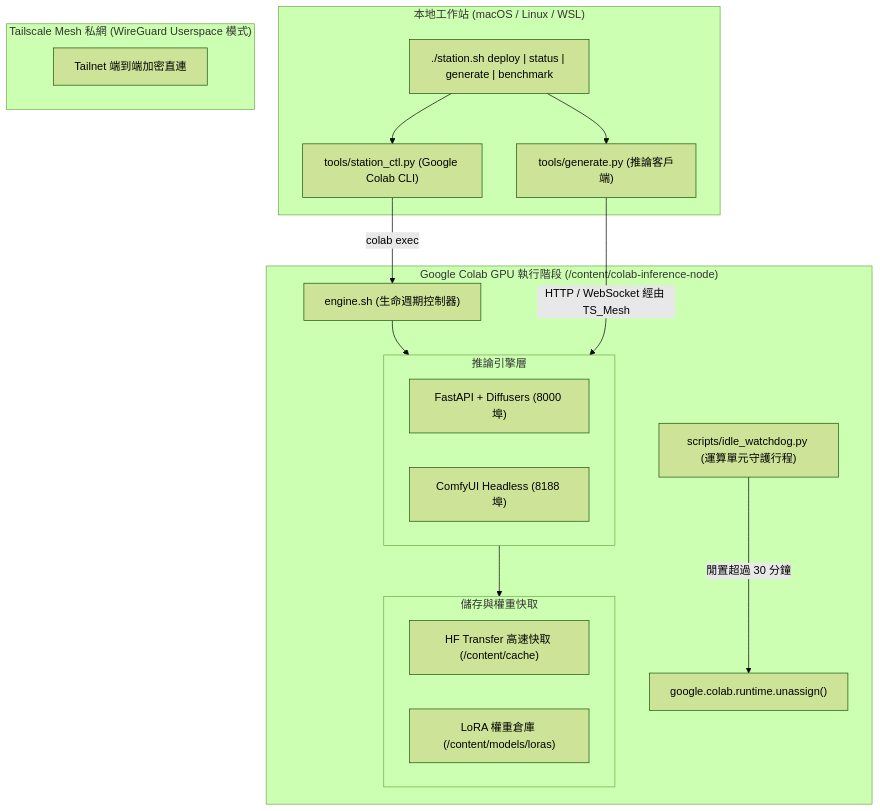
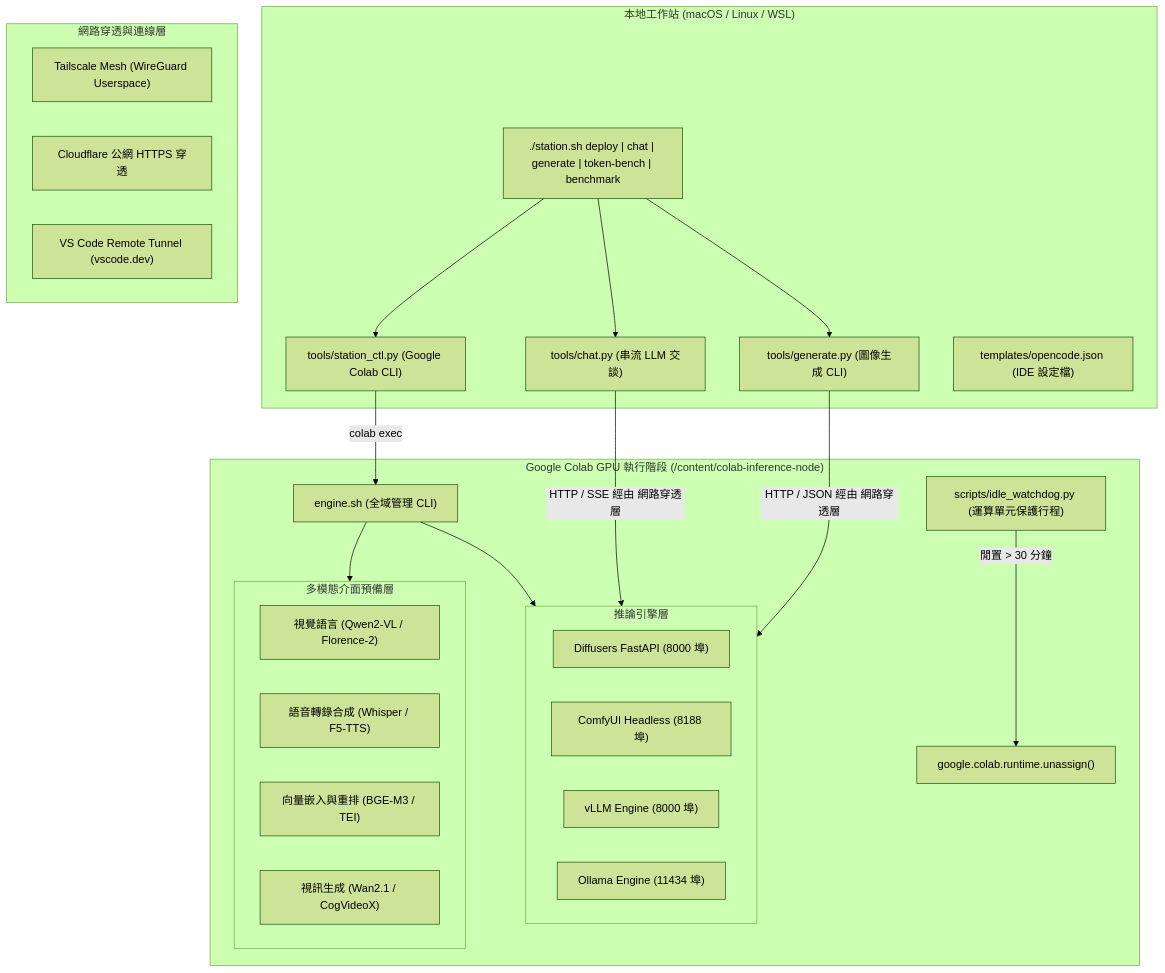
The diagram in README_zh.md (yixuanw99/colab-inference-node), drawn with Mermaid (forest theme) before and after one commit. The commit also changed other lines of this file and 23 other files, not shown here.

````diff
--- a/README_zh.md
+++ b/README_zh.md
@@ -11,36 +15,47 @@
 ```mermaid
 flowchart TD
     subgraph 本地工作站["本地工作站 (macOS / Linux / WSL)"]
-        LocalCLI["./station.sh deploy | status | generate | benchmark"]
+        LocalCLI["./station.sh deploy | chat | generate | token-bench | benchmark"]
         Orchestrator["tools/station_ctl.py (Google Colab CLI)"]
-        Client["tools/generate.py (推論客戶端)"]
+        ChatClient["tools/chat.py (串流 LLM 交談)"]
+        GenClient["tools/generate.py (圖像生成 CLI)"]
+        OpenCodeConfig["templates/opencode.json (IDE 設定檔)"]
+
         LocalCLI --> Orchestrator
-        LocalCLI --> Client
+        LocalCLI --> ChatClient
+        LocalCLI --> GenClient
     end
 
-    subgraph 網狀網路["Tailscale Mesh 私網 (WireGuard Userspace 模式)"]
-        TS_Mesh["Tailnet 端到端加密直連"]
+    subgraph 網路穿透層["網路穿透與連線層"]
+        TS_Mesh["Tailscale Mesh (WireGuard Userspace)"]
+        CF_Tunnel["Cloudflare 公網 HTTPS 穿透"]
+        VS_Tunnel["VS Code Remote Tunnel (vscode.dev)"]
     end
 
-    subgraph Colab雲端環境["Google Colab GPU 執行階段 (/content/colab-inference-node)"]
-        Controller["engine.sh (生命週期控制器)"]
-        Watchdog["scripts/idle_watchdog.py (運算單元守護行程)"]
+    subgraph Colab雲端節點["Google Colab GPU 執行階段 (/content/colab-inference-node)"]
+        Controller["engine.sh (全域管理 CLI)"]
+        Watchdog["scripts/idle_watchdog.py (運算單元保護行程)"]
         
         subgraph 推論引擎層["推論引擎層"]
-            DiffusersEngine["FastAPI + Diffusers (8000 埠)"]
+            DiffusersEngine["Diffusers FastAPI (8000 埠)"]
             ComfyEngine["ComfyUI Headless (8188 埠)"]
+            VLLMEngine["vLLM Engine (8000 埠)"]
+            OllamaEngine["Ollama Engine (11434 埠)"]
         end
         
-        subgraph 儲存快取層["儲存與權重快取"]
-            HFCache["HF Transfer 高速快取 (/content/cache)"]
-            LoRARegistry["LoRA 權重倉庫 (/content/models/loras)"]
+        subgraph 擴充介面層["多模態介面預備層"]
+            VLMEngine["視覺語言 (Qwen2-VL / Florence-2)"]
+            AudioEngine["語音轉錄合成 (Whisper / F5-TTS)"]
+            EmbeddingEngine["向量嵌入與重排 (BGE-M3 / TEI)"]
+            VideoEngine["視訊生成 (Wan2.1 / CogVideoX)"]
         end
 
         Controller --> 推論引擎層
-        推論引擎層 --> 儲存快取層
-        Watchdog -->|閒置超過 30 分鐘| Teardown["google.colab.runtime.unassign()"]
+        Controller --> 擴充介面層
+        Watchdog -->|閒置 > 30 分鐘| Teardown["google.colab.runtime.unassign()"]
     end
 
     Orchestrator -->|colab exec| Controller
-    Client -->|HTTP / WebSocket 經由 TS_Mesh| 推論引擎層
+    ChatClient -->|HTTP / SSE 經由 網路穿透層| 推論引擎層
+    GenClient -->|HTTP / JSON 經由 網路穿透層| 推論引擎層
 ```
````
